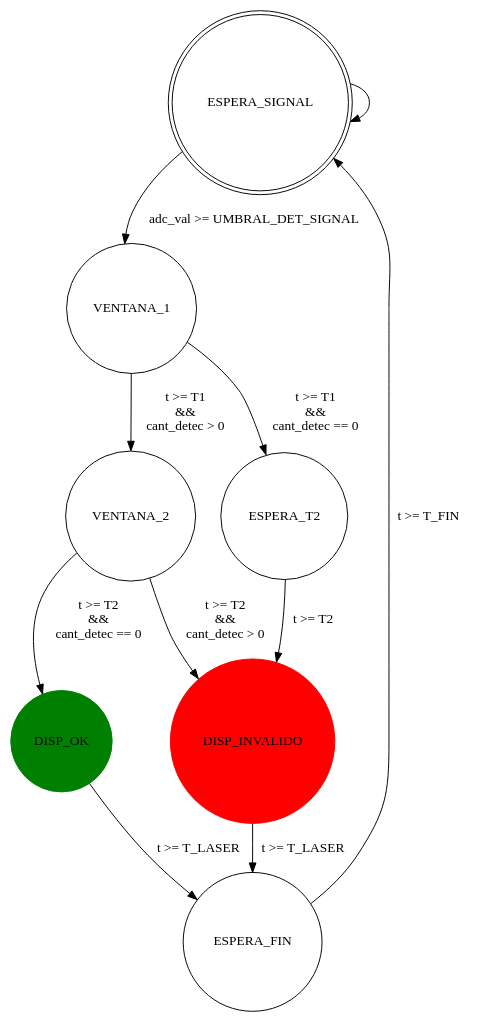
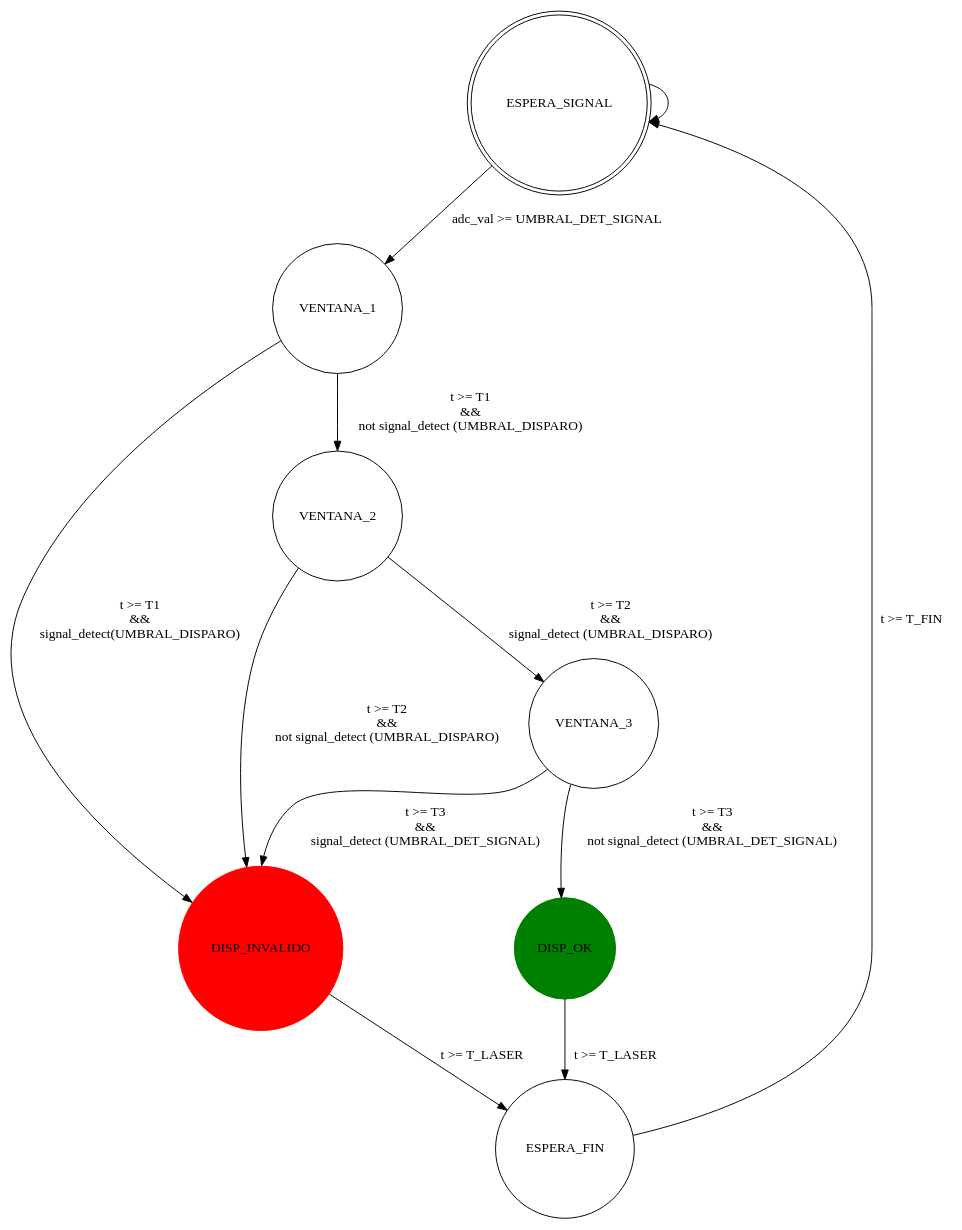
Before and after one commit to harboleas/deteccion_disparo: the diagram in fsm.dot, drawn with Graphviz. The commit also changed 1 other file, not shown here.

```diff
--- a/fsm.dot
+++ b/fsm.dot
@@ -1,18 +1,18 @@
 digraph FSM
 {
     ESPERA_SIGNAL [shape = doublecircle];
     node [ shape = circle ];
     DISP_OK [ color = green style=filled ];
     DISP_INVALIDO [ color = red style=filled ];
     ESPERA_SIGNAL -> ESPERA_SIGNAL;
     ESPERA_SIGNAL -> VENTANA_1  [ label = "adc_val >= UMBRAL_DET_SIGNAL" ];
-    VENTANA_1 -> VENTANA_2 [ label = "t >= T1\n&&\ncant_detec > 0 " ];
-    VENTANA_1 -> ESPERA_T2 [ label = "t >= T1\n&&\ncant_detec == 0" ];
-    VENTANA_2 -> DISP_INVALIDO [ label = "t >= T2\n&&\ncant_detec > 0" ];
-    VENTANA_2 -> DISP_OK [ label = "t >= T2\n&&\ncant_detec == 0" ];
-    ESPERA_T2 -> DISP_INVALIDO [ label = "t >= T2" ];
+    VENTANA_1 -> DISP_INVALIDO [ label = "t >= T1\n&&\nsignal_detect(UMBRAL_DISPARO)" ];
+    VENTANA_1 -> VENTANA_2 [ label = "t >= T1\n&&\nnot signal_detect (UMBRAL_DISPARO)" ];
+    VENTANA_2 -> VENTANA_3 [ label = "t >= T2\n&&\nsignal_detect (UMBRAL_DISPARO)" ];
+    VENTANA_2 -> DISP_INVALIDO [ label = "t >= T2\n&&\nnot signal_detect (UMBRAL_DISPARO)" ];
+    VENTANA_3 -> DISP_OK [ label = "t >= T3\n&&\nnot signal_detect (UMBRAL_DET_SIGNAL)" ];
+    VENTANA_3 -> DISP_INVALIDO [ label = "t >= T3\n&&\nsignal_detect (UMBRAL_DET_SIGNAL)" ];
     DISP_OK -> ESPERA_FIN [ label = "t >= T_LASER" ];
     DISP_INVALIDO -> ESPERA_FIN [ label = "t >= T_LASER" ];
     ESPERA_FIN -> ESPERA_SIGNAL [ label = "t >= T_FIN" ];
-
 }
```
